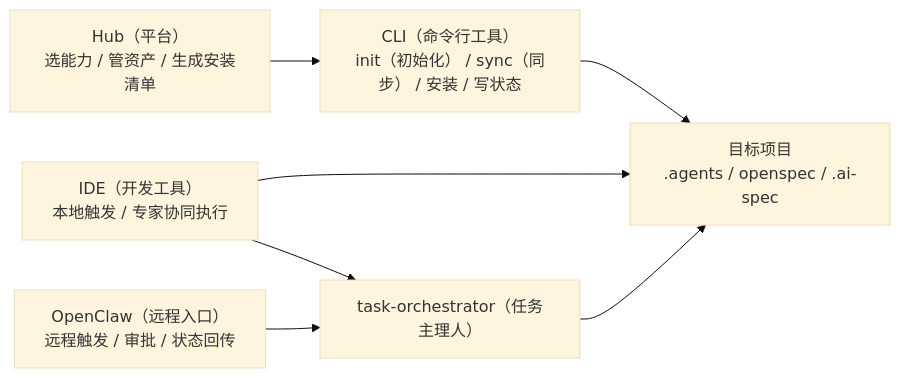
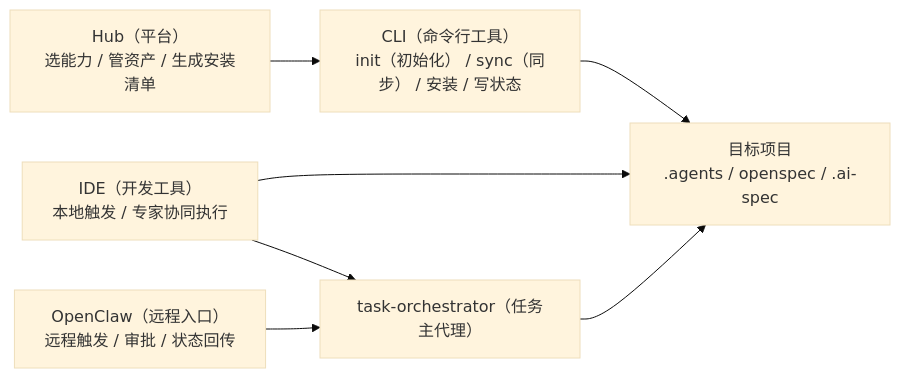
The first of 2 diagrams in docs/paser_two/OpenClaw团队协同控制面定位与价值说明-03-31-13-03.md (Colouful/br-ai-spec), drawn with Mermaid (base theme) before and after one commit. The commit also changed other lines of this file and 88 other files, not shown here.

````diff
--- a/docs/paser_two/OpenClaw团队协同控制面定位与价值说明-03-31-13-03.md
+++ b/docs/paser_two/OpenClaw团队协同控制面定位与价值说明-03-31-13-03.md
@@ -98,16 +98,16 @@
 ```mermaid
 flowchart LR
     Hub["Hub（平台）<br/>选能力 / 管资产 / 生成安装清单"]
     CLI["CLI（命令行工具）<br/>init（初始化） / sync（同步） / 安装 / 写状态"]
     IDE["IDE（开发工具）<br/>本地触发 / 专家协同执行"]
     OpenClaw["OpenClaw（远程入口）<br/>远程触发 / 审批 / 状态回传"]
     Project["目标项目<br/>.agents / openspec / .ai-spec"]
-    Orchestrator["task-orchestrator（任务主理人）"]
+    Orchestrator["task-orchestrator（任务主代理）"]
 
     Hub --> CLI
     CLI --> Project
     IDE --> Project
     OpenClaw --> Orchestrator
     Orchestrator --> Project
     IDE --> Orchestrator
 ```
````
